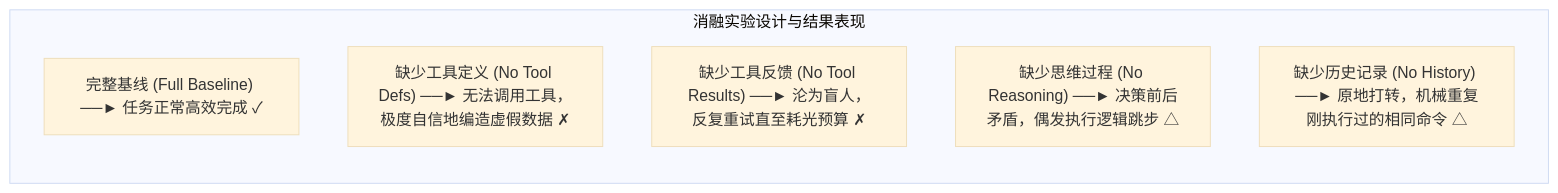
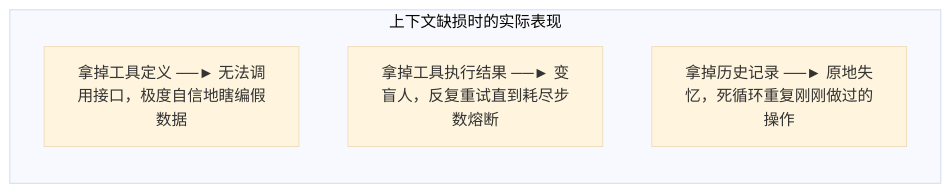
The second of 2 diagrams in app/ch01-fundamentals/02-react-loop-and-ablation/page.mdx (ljh12138164/ai-agent-study), drawn with Mermaid (base theme) before and after one commit. The commit also changed other lines of this file and 43 other files, not shown here.

````diff
--- a/app/ch01-fundamentals/02-react-loop-and-ablation/page.mdx
+++ b/app/ch01-fundamentals/02-react-loop-and-ablation/page.mdx
@@ -94,11 +98,9 @@
 ```mermaid
-graph TD
-    subgraph Ablation["消融实验设计与结果表现"]
+flowchart TD
+    subgraph Test["上下文缺损时的实际表现"]
         direction TB
-        B1["完整基线 (Full Baseline) ──► 任务正常高效完成 ✓"]
-        B2["缺少工具定义 (No Tool Defs) ──► 无法调用工具，极度自信地编造虚假数据 ✗"]
-        B3["缺少工具反馈 (No Tool Results) ──► 沦为盲人，反复重试直至耗光预算 ✗"]
-        B4["缺少思维过程 (No Reasoning) ──► 决策前后矛盾，偶发执行逻辑跳步 △"]
-        B5["缺少历史记录 (No History) ──► 原地打转，机械重复刚执行过的相同命令 △"]
+        T1["拿掉工具定义 ──► 无法调用接口，极度自信地瞎编假数据"]
+        T2["拿掉工具执行结果 ──► 变盲人，反复重试直到耗尽步数熔断"]
+        T3["拿掉历史记录 ──► 原地失忆，死循环重复刚刚做过的操作"]
     end
 ```
````
